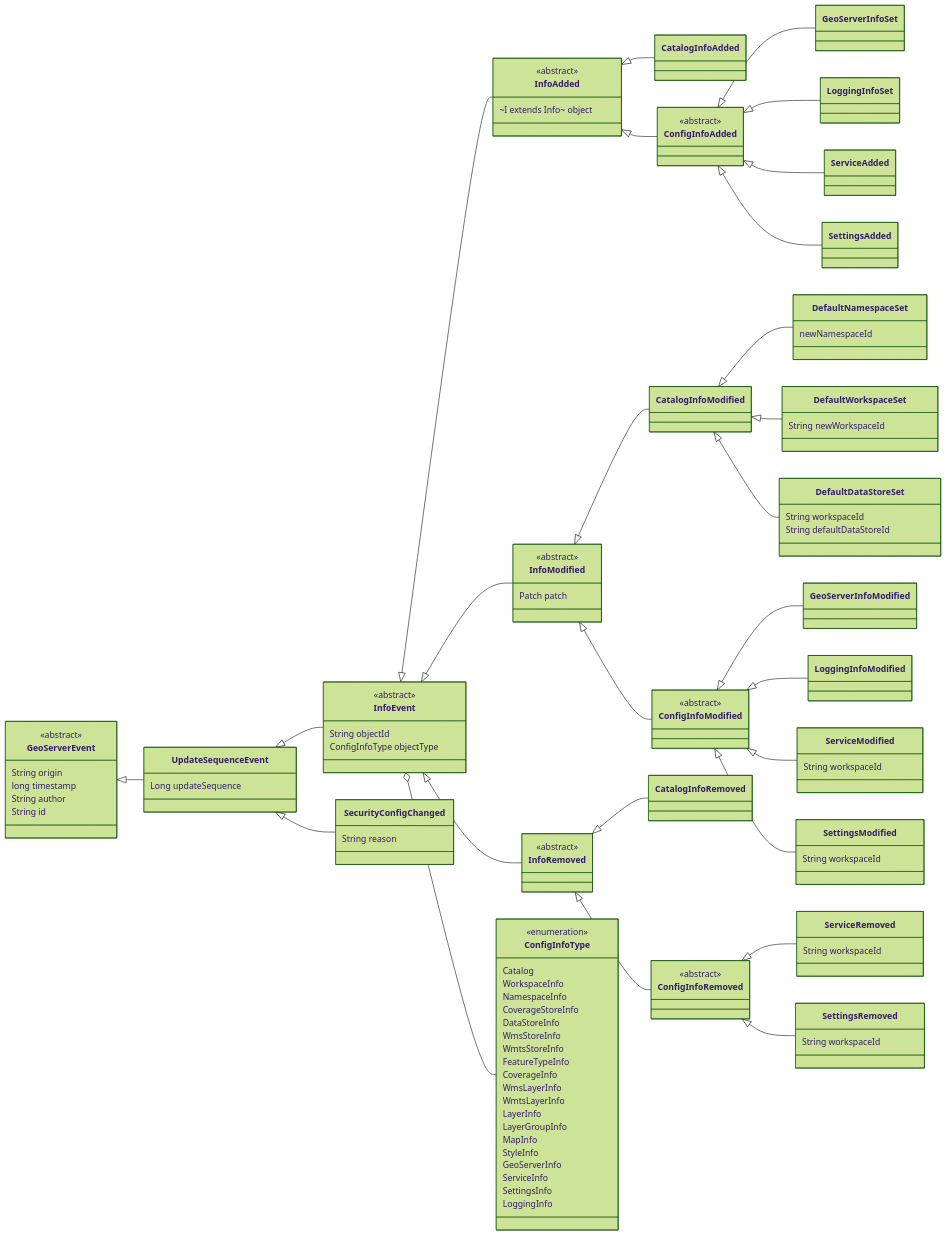
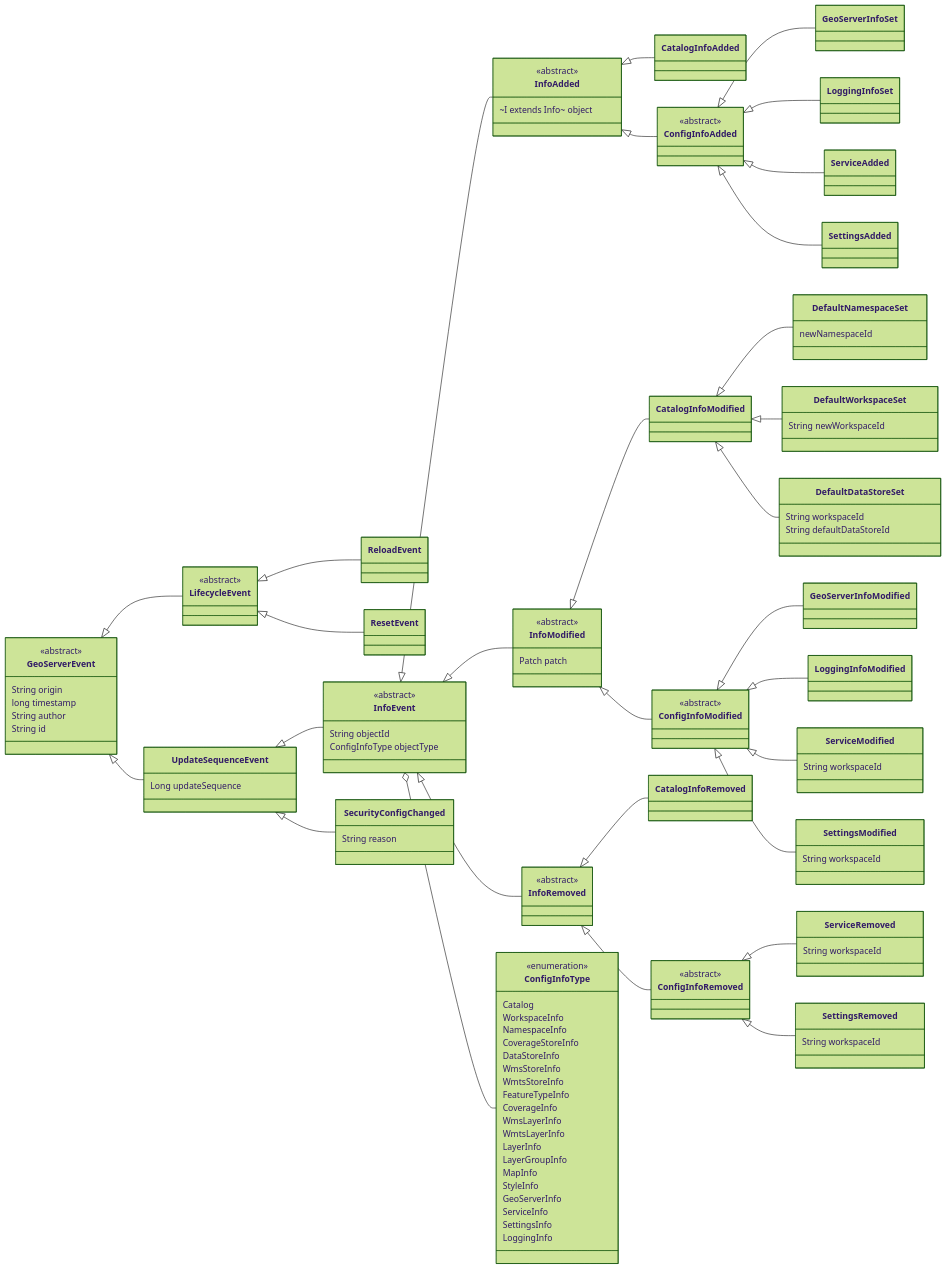
The diagram in src/catalog/events/README.md (geoserver/geoserver-cloud), drawn with Mermaid (forest theme) before and after one commit. The commit also changed 20 other files, not shown here.

First line of the commit message:
feat: spawn reload and reset actions to all pods

```diff
--- a/src/catalog/events/README.md
+++ b/src/catalog/events/README.md
@@ -26,6 +26,9 @@
 classDiagram
     direction LR
     GeoServerEvent <|-- UpdateSequenceEvent
+    GeoServerEvent <|-- LifecycleEvent
+    LifecycleEvent <|-- ReloadEvent
+    LifecycleEvent <|-- ResetEvent
     UpdateSequenceEvent <|-- InfoEvent
     UpdateSequenceEvent <|-- SecurityConfigChanged
     InfoEvent <|-- InfoAdded
@@ -57,6 +60,13 @@
         long timestamp
         String author
         String id
+    }
+    class LifecycleEvent{
+        <<abstract>>
+    }
+    class ReloadEvent{
+    }
+    class ResetEvent{
     }
     class UpdateSequenceEvent{
         Long updateSequence
```
